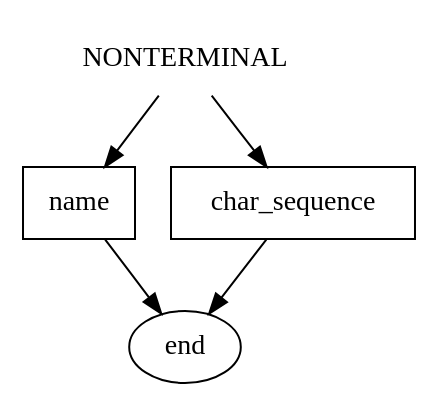
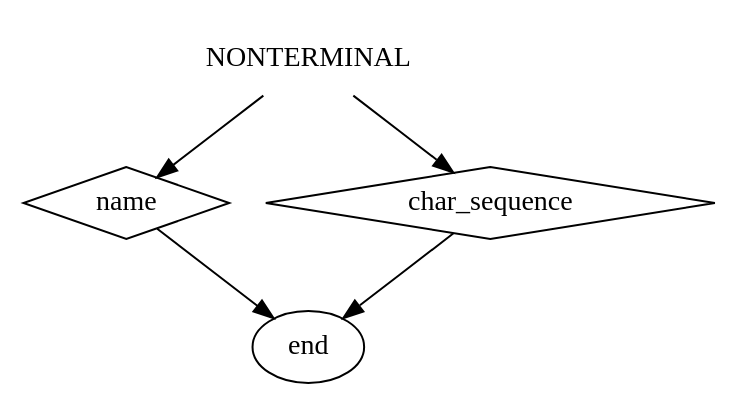
One commit to aVorotnikov/dsl_generator changed the diagram in _examples/ebnf/nonterminal.gv. Above: the diagram before and after it, drawn with Graphviz. The commit also changed 6 other files, not shown here.

Commit message:
Update Virt diagrams specification

```diff
--- a/_examples/ebnf/nonterminal.gv
+++ b/_examples/ebnf/nonterminal.gv
@@ -1,9 +1,9 @@
 digraph NONTERMINAL {
     start [label=NONTERMINAL shape=plaintext]
-    A [label=name shape=box]
-    B [label=char_sequence shape=box]
+    A [label=name shape=diamond]
+    B [label=char_sequence shape=diamond]
     start -> A
     start -> B
     A -> end
     B -> end
 }
```
